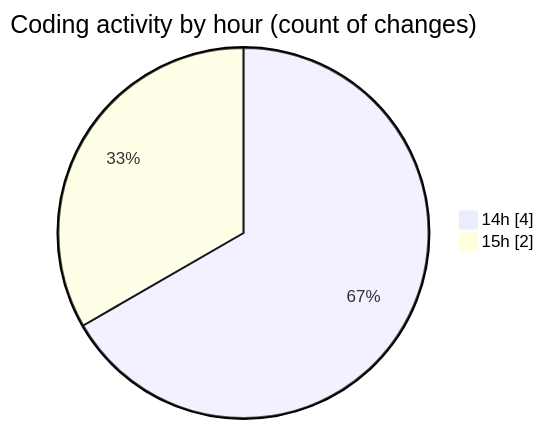
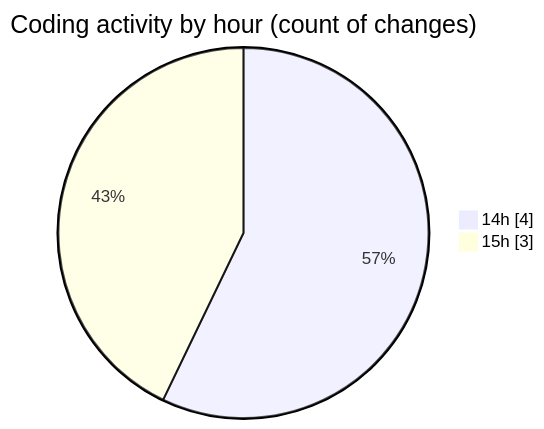
One commit to robertbonfada/code-tracking changed the second of 2 diagrams in 2025-03-11/audiobooks-web/README.md. Above: the diagram before and after it, drawn with Mermaid. The commit also changed other lines of this file and 1 other file, not shown here.

````diff
--- a/2025-03-11/audiobooks-web/README.md
+++ b/2025-03-11/audiobooks-web/README.md
@@ -30,6 +31,6 @@
 ```mermaid
 pie showData
 title Coding activity by hour (count of changes)
 "14h" : 4
-"15h" : 2
+"15h" : 3
 ```
````
